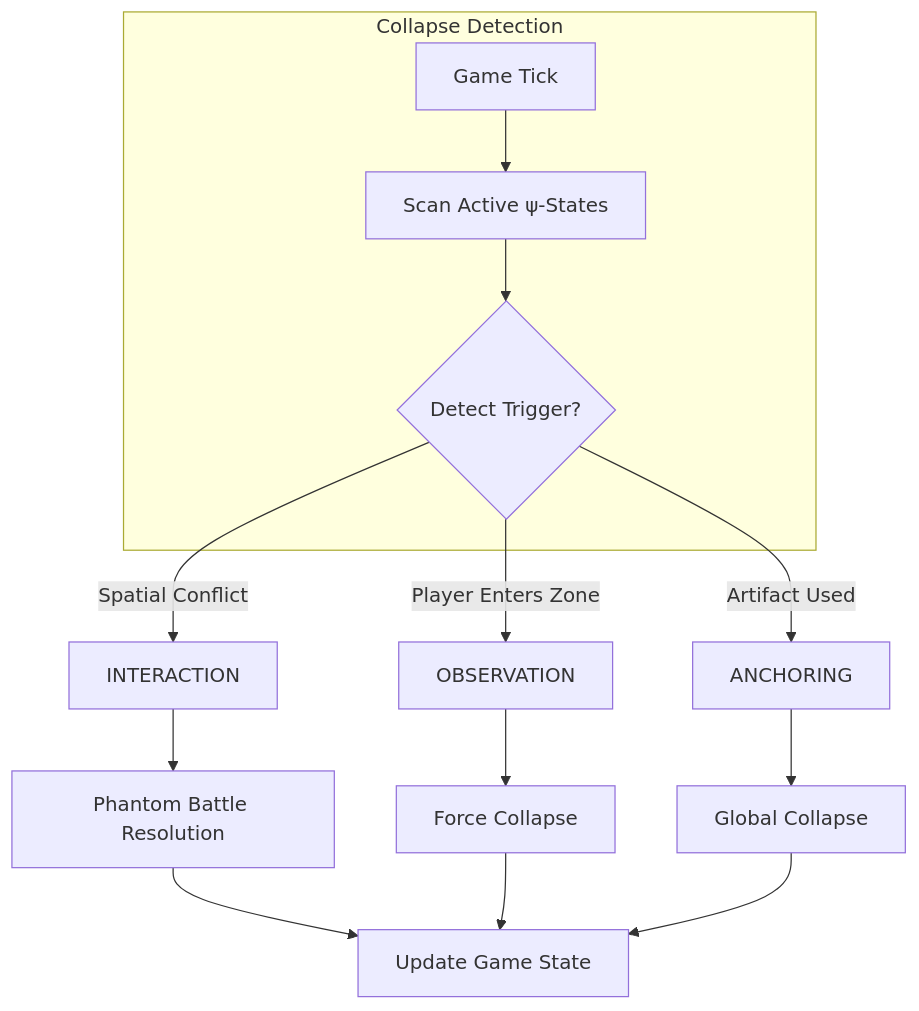
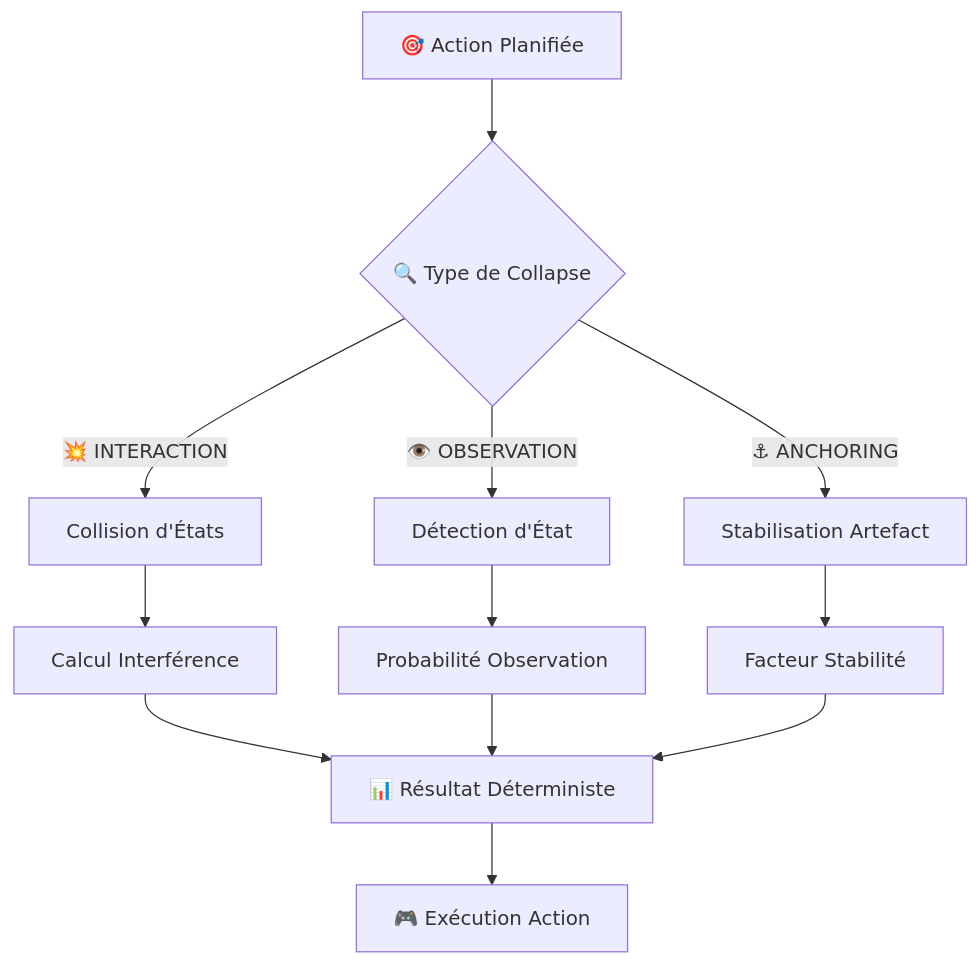
The third of 10 diagrams in docs/ARCHITECTURE_DIAGRAMS.md (V0OgZ/fullstack-project), drawn with Mermaid before and after one commit. The commit also changed other lines of this file and 96 other files, not shown here.

````diff
--- a/docs/ARCHITECTURE_DIAGRAMS.md
+++ b/docs/ARCHITECTURE_DIAGRAMS.md
@@ -114,19 +155,18 @@
 ```mermaid
 graph TD
-    subgraph "Collapse Detection"
-        TICK[Game Tick] --> SCAN[Scan Active ψ-States]
-        SCAN --> DET{Detect Trigger?}
-    end
+    A[🎯 Action Planifiée] --> B{🔍 Type de Collapse}
     
-    DET -->|Spatial Conflict| INT[INTERACTION]
-    DET -->|Player Enters Zone| OBS[OBSERVATION]
-    DET -->|Artifact Used| ANC[ANCHORING]
+    B -->|💥 INTERACTION| C[Collision d'États]
+    B -->|👁️ OBSERVATION| D[Détection d'État]
+    B -->|⚓ ANCHORING| E[Stabilisation Artefact]
     
-    INT --> BATTLE[Phantom Battle Resolution]
-    OBS --> FORCE[Force Collapse]
-    ANC --> GLOBAL[Global Collapse]
+    C --> F[Calcul Interférence]
+    D --> G[Probabilité Observation]
+    E --> H[Facteur Stabilité]
     
-    BATTLE --> UPDATE[Update Game State]
-    FORCE --> UPDATE
-    GLOBAL --> UPDATE
+    F --> I[📊 Résultat Déterministe]
+    G --> I
+    H --> I
+    
+    I --> J[🎮 Exécution Action]
 ```
````
